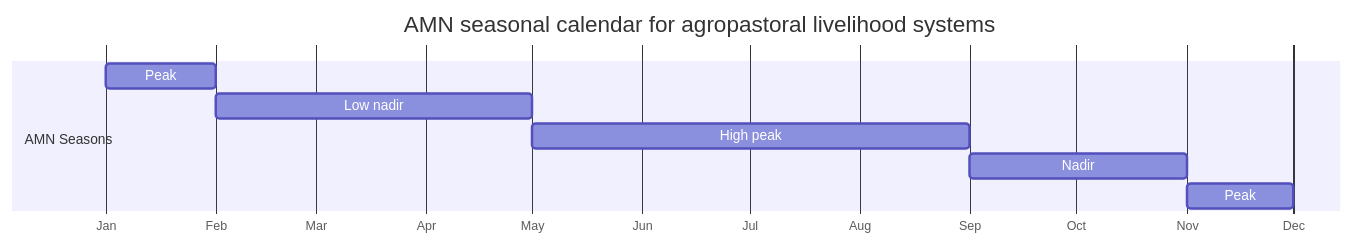
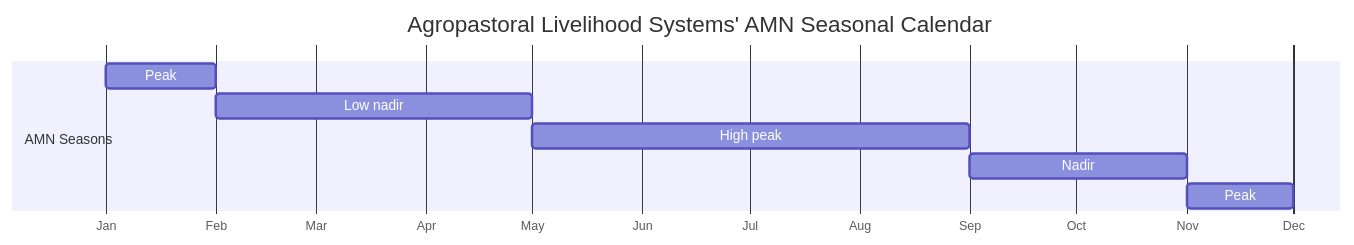
Before and after one commit to nutimes/som-sam-admit: the third of 9 diagrams in slides-revealjs.qmd, drawn with Mermaid. The commit also changed other lines of this file, not shown here.

````diff
--- a/slides-revealjs.qmd
+++ b/slides-revealjs.qmd
@@ -560,17 +546,17 @@
 ```{mermaid}
 %%| label: amn-seasonal-calendar-agropastoral
 %%| fig-cap-location: bottom
 %%| fig-height: 5
 %%| fig-width: 14
 gantt
-    title  AMN seasonal calendar for agropastoral livelihood systems
+    title  Agropastoral Livelihood Systems' AMN Seasonal Calendar
     dateFormat M
     axisFormat %b
     todayMarker off
     section AMN Seasons
     Peak :1, 2
     Low nadir :2, 5
     High peak :5, 9
     Nadir :9, 11
     Peak : 11, 12
 ```
````
